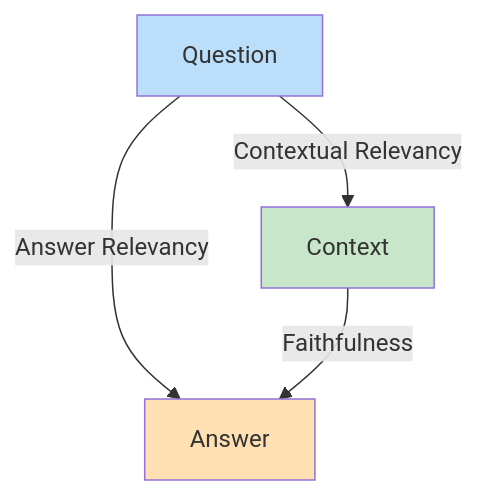
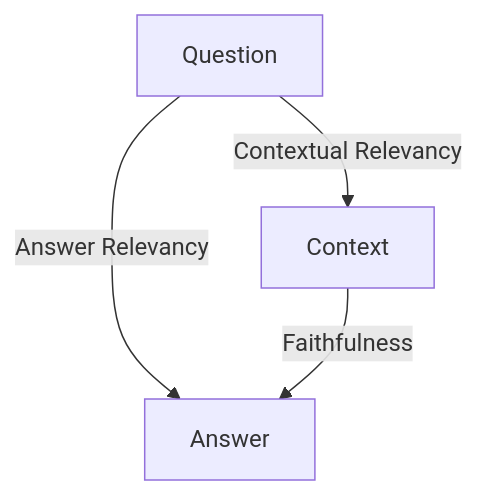
The third of 5 diagrams in README.md (srummanf/RAG-Eval-Suite-Using-DeepEval), drawn with Mermaid before and after one commit. The commit also changed other lines of this file, not shown here.

````diff
--- a/README.md
+++ b/README.md
@@ -1275,14 +1259,12 @@
 ```mermaid
 graph TB
     Q["Question"]
     C["Context"]
     A["Answer"]
   
     Q -->|Answer Relevancy| A
     C -->|Faithfulness| A
     Q -->|Contextual Relevancy| C
   
-    style Q fill:#bbdefb
-    style C fill:#c8e6c9
-    style A fill:#ffe0b2
+   
 ```
````
